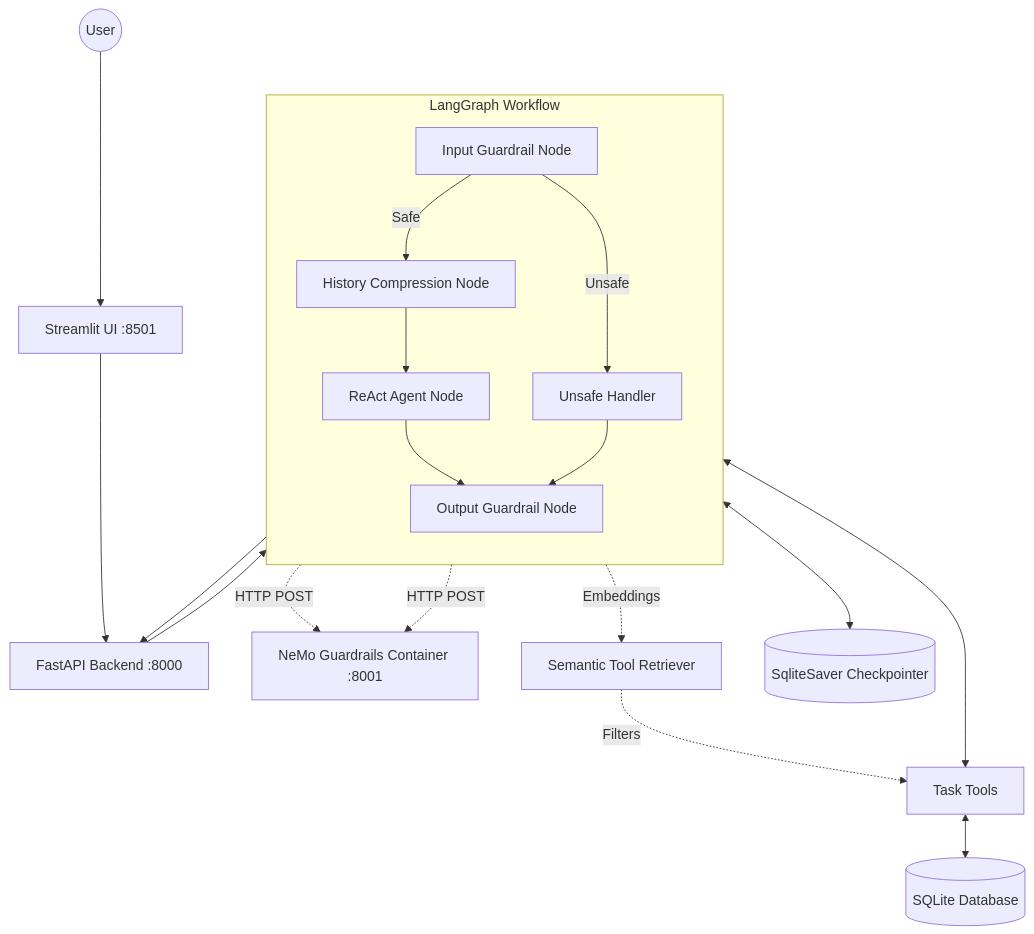
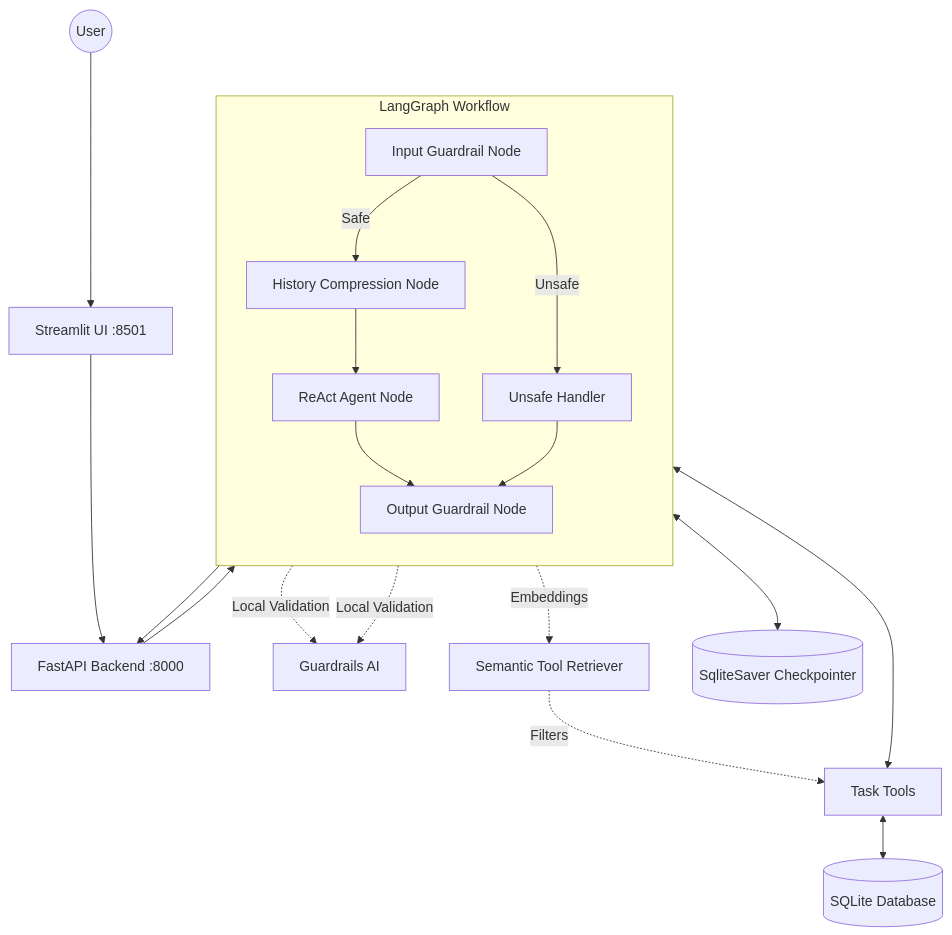
One commit to Ashminita28/productivity-assistant changed the diagram in README.md. Above: the diagram before and after it, drawn with Mermaid. The commit also changed other lines of this file, not shown here.

Commit message:
docs(README): update readme document

````diff
--- a/README.md
+++ b/README.md
@@ -41,34 +41,34 @@
 ```mermaid
 flowchart TD
   User((User)) --> UI[Streamlit UI :8501]
   UI --> API[FastAPI Backend :8000]
   
   subgraph LangGraph Workflow
     direction TB
     in_guard[Input Guardrail Node]
     history[History Compression Node]
     react[ReAct Agent Node]
     out_guard[Output Guardrail Node]
     unsafe[Unsafe Handler]
     
     in_guard -->|Safe| history
     in_guard -->|Unsafe| unsafe
     history --> react
     react --> out_guard
     unsafe --> out_guard
   end
 
   API --> in_guard
   out_guard --> API
   
-  %% Microservice integrations
-  in_guard -. HTTP POST .-> Nemo[NeMo Guardrails Container :8001]
-  out_guard -. HTTP POST .-> Nemo
+  %% Guardrails validation
+  in_guard -. Local Validation .-> GuardrailsAI[Guardrails AI]
+  out_guard -. Local Validation .-> GuardrailsAI
   
   react -. Embeddings .-> Semantic[Semantic Tool Retriever]
   Semantic -. Filters .-> Tools[Task Tools]
   react <--> Tools
   Tools <--> DB[(SQLite Database)]
   
   out_guard <--> Ckpt[(SqliteSaver Checkpointer)]
 ```
````
